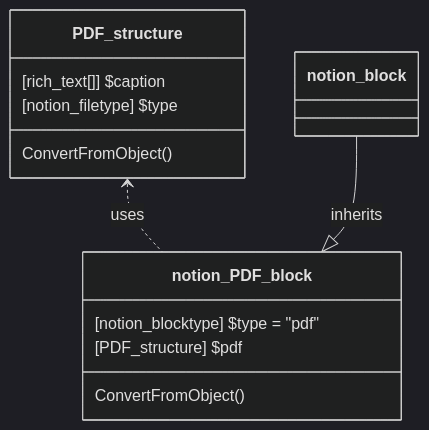
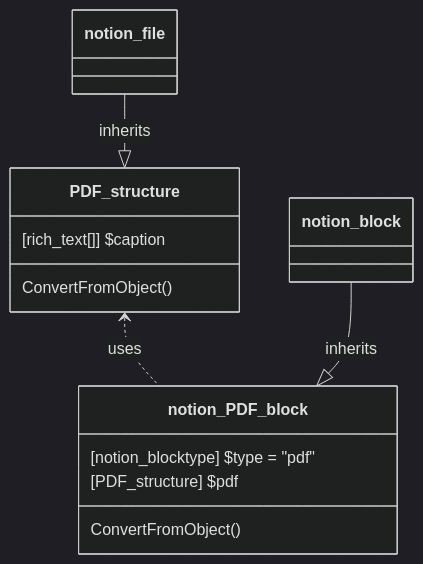
The diagram in source/WikiSource/Classes/Block/24_PDF.md (fasteiner/Notion), drawn with Mermaid (dark theme) before and after one commit. The commit also changed other lines of this file and 80 other files, not shown here.

````diff
--- a/source/WikiSource/Classes/Block/24_PDF.md
+++ b/source/WikiSource/Classes/Block/24_PDF.md
@@ -5,16 +5,18 @@
 ```mermaid
 classDiagram
     class PDF_structure {
         [rich_text[]] $caption
-        [notion_filetype] $type
         ConvertFromObject()
     }
+
+
     
     class notion_PDF_block {
         [notion_blocktype] $type = "pdf"
         [PDF_structure] $pdf
         ConvertFromObject()
     }
+    `notion_file` --|> `PDF_structure`:inherits
     `PDF_structure` <.. `notion_PDF_block`:uses
     `notion_block` --|> `notion_PDF_block`:inherits
 ```
````
